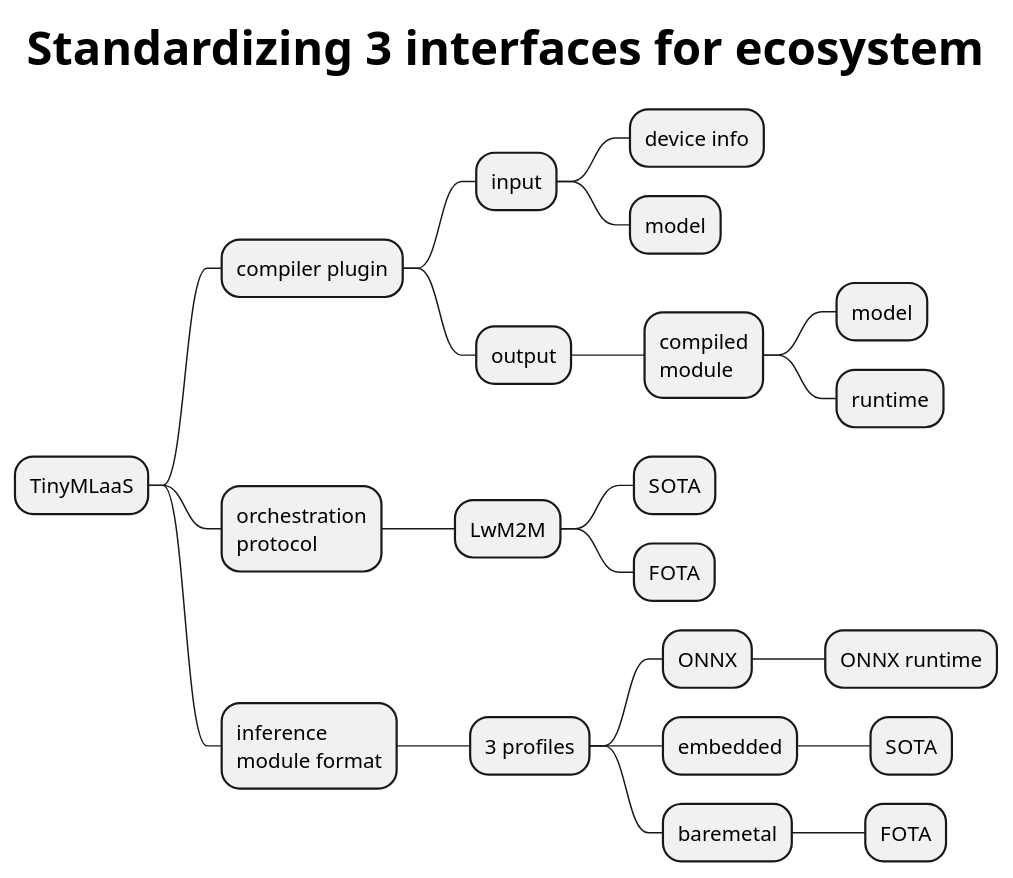
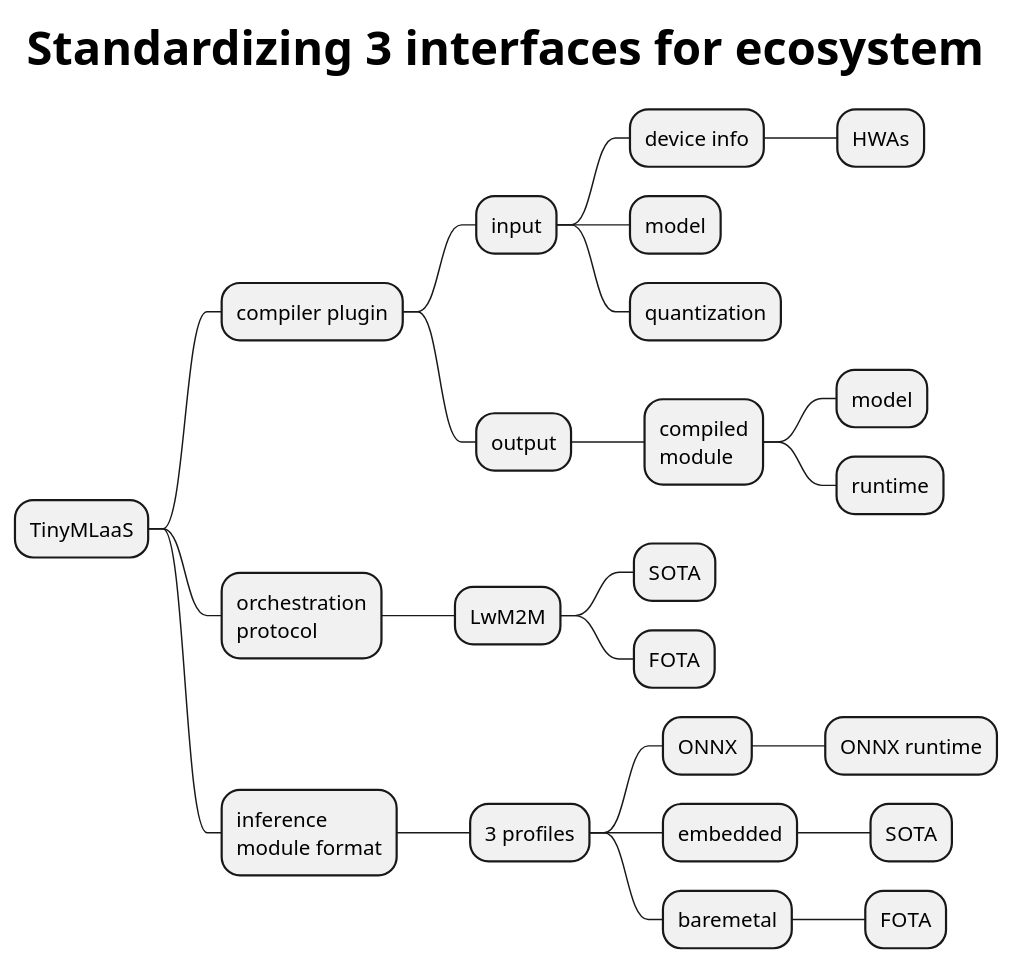
Before and after one commit to doyu/elc2019: the diagram in standard-mindmap.puml, drawn with PlantUML. The commit also changed 1 other file, not shown here.

Commit message:
add wip && quantization

```diff
--- a/standard-mindmap.puml
+++ b/standard-mindmap.puml
@@ -1,25 +1,27 @@
 @startmindmap
 skinparam TitleFontSize 32
 title Standardizing 3 interfaces for ecosystem
 * TinyMLaaS
 ** compiler plugin
 *** input
 **** device info
+***** HWAs
 **** model
+**** quantization
 *** output
 **** compiled\nmodule
 ***** model
 ***** runtime
 ** orchestration\nprotocol
 *** LwM2M
 **** SOTA
 **** FOTA
 ** inference\nmodule format
 *** 3 profiles
 **** ONNX
 ***** ONNX runtime
 **** embedded
 ***** SOTA
 **** baremetal
 ***** FOTA
 @endmindmap
```
